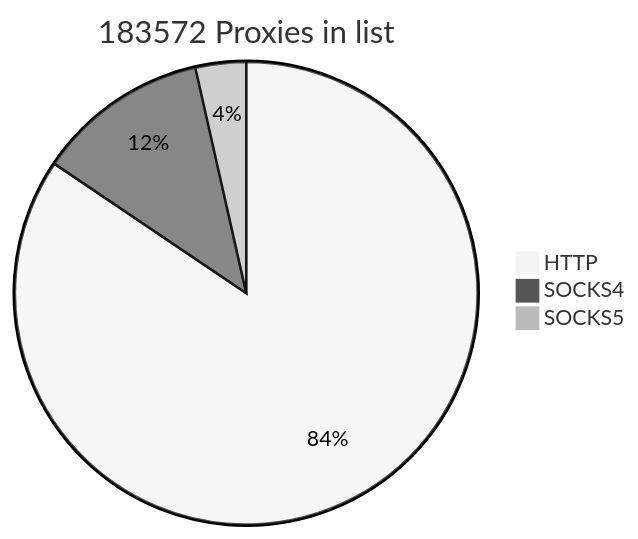
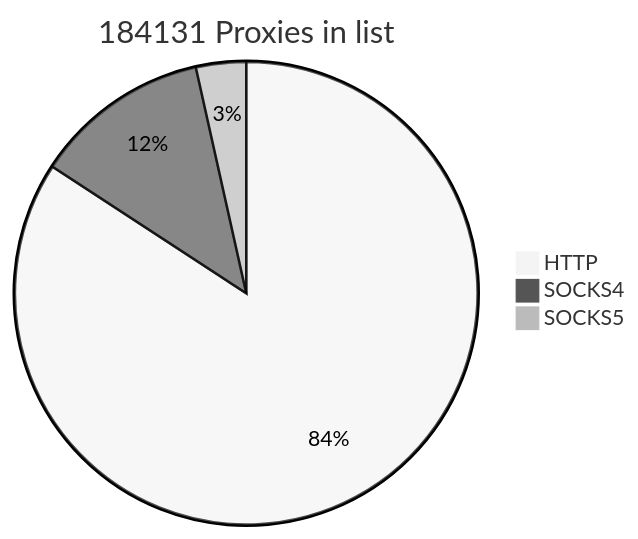
One commit to cutipu/proxylist changed the first of 2 diagrams in README.md. Above: the diagram before and after it, drawn with Mermaid (neutral theme). The commit also changed other lines of this file, not shown here.

````diff
--- a/README.md
+++ b/README.md
@@ -2,7 +2,7 @@
 ```mermaid
-pie title 183572 Proxies in list
-    "HTTP" : 155030
-    "SOCKS4" : 22056
-    "SOCKS5" : 6486
+pie title 184131 Proxies in list
+    "HTTP" : 155050
+    "SOCKS4" : 22639
+    "SOCKS5" : 6442
             
 ```
````
